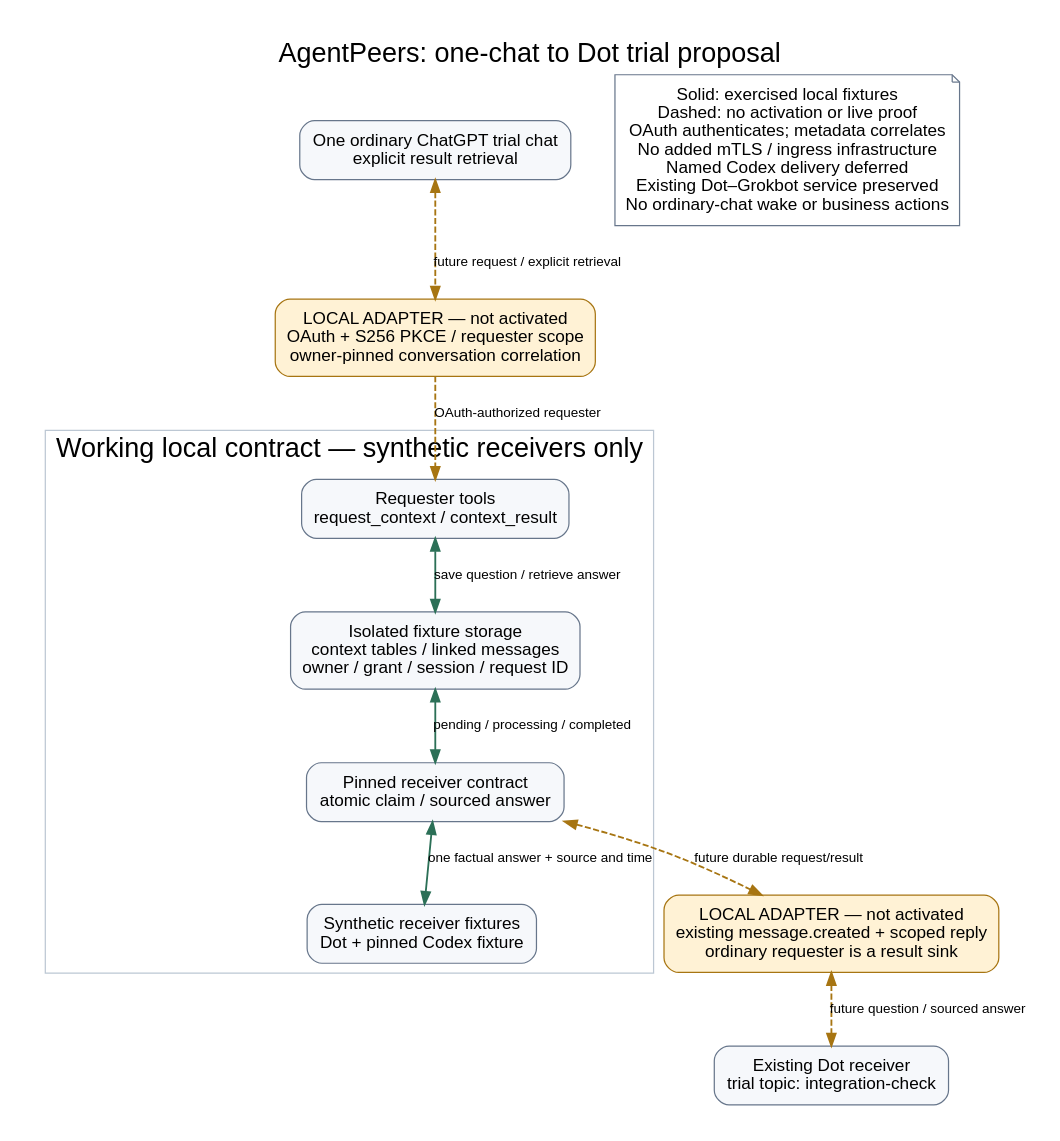
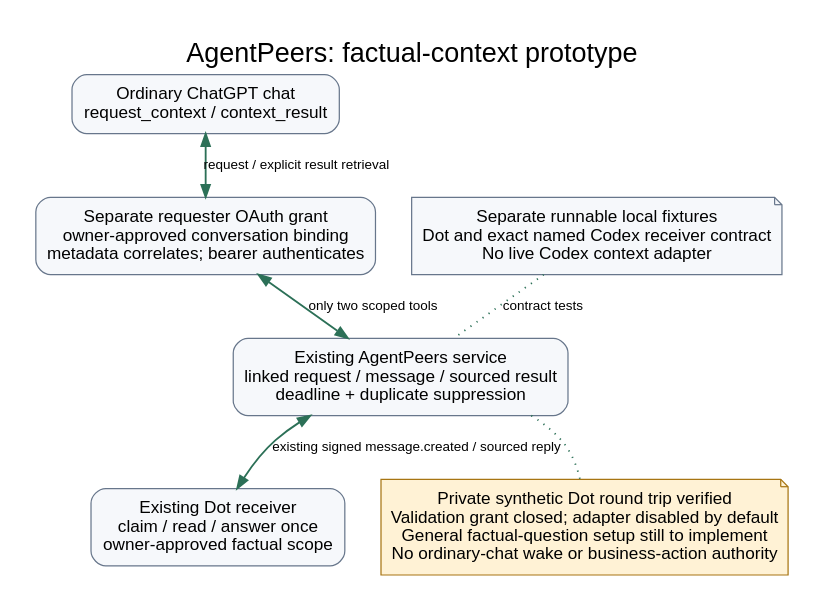
The diagram in docs/assets/context-requests.dot (cshenx/agentpeers), drawn with Graphviz before and after one commit. The commit also changed 2 other files, not shown here.

Commit message:
Document verified context route and remaining product setup

```diff
--- a/docs/assets/context-requests.dot
+++ b/docs/assets/context-requests.dot
@@ -1,28 +1,20 @@
-// Extends the existing public architecture proposal; no private topology.
+// Public architecture only; no account, deployment or conversation identifiers.
 digraph G {
-  graph [rankdir=TB,bgcolor="white",pad="0.3",nodesep="0.5",ranksep="0.65",
-    label="AgentPeers: one-chat to Dot trial proposal",labelloc=t,fontsize=22,fontname="Arial"];
+  graph [rankdir=TB,bgcolor="white",pad="0.3",nodesep="0.4",ranksep="0.55",
+    label="AgentPeers: factual-context prototype",labelloc=t,fontsize=22,fontname="Arial"];
   node [shape=box,style="rounded,filled",fillcolor="#f6f8fb",color="#67768b",
     fontname="Arial",fontsize=14,margin="0.18,0.12"];
   edge [fontname="Arial",fontsize=11,color="#2c7057",penwidth=1.5];
-  chat [label="One ordinary ChatGPT trial chat\nexplicit result retrieval"];
-  binding [label="LOCAL ADAPTER — not activated\nOAuth + S256 PKCE / requester scope\nowner-pinned conversation correlation",fillcolor="#fff2d5",color="#a77512"];
-  subgraph cluster_local {
-    label="Working local contract — synthetic receivers only";fontname="Arial";color="#bcc7d3";
-    requester [label="Requester tools\nrequest_context / context_result"];
-    store [label="Isolated fixture storage\ncontext tables / linked messages\nowner / grant / session / request ID"];
-    receiver [label="Pinned receiver contract\natomic claim / sourced answer"];
-    fixture [label="Synthetic receiver fixtures\nDot + pinned Codex fixture"];
-    requester -> store [label="save question / retrieve answer",dir=both];
-    store -> receiver [label="pending / processing / completed",dir=both];
-    receiver -> fixture [label="one factual answer + source and time",dir=both];
-  }
-  dot [label="Existing Dot receiver\ntrial topic: integration-check"];
-  bridge [label="LOCAL ADAPTER — not activated\nexisting message.created + scoped reply\nordinary requester is a result sink",fillcolor="#fff2d5",color="#a77512"];
-  chat -> binding [label="future request / explicit retrieval",dir=both,style=dashed,color="#a77512"];
-  binding -> requester [label="OAuth-authorized requester",style=dashed,color="#a77512"];
-  receiver -> bridge [label="future durable request/result",dir=both,style=dashed,color="#a77512"];
-  bridge -> dot [label="future question / sourced answer",dir=both,style=dashed,color="#a77512"];
-  legend [shape=note,fillcolor="white",label="Solid: exercised local fixtures\nDashed: no activation or live proof\nOAuth authenticates; metadata correlates\nNo added mTLS / ingress infrastructure\nNamed Codex delivery deferred\nExisting Dot–Grokbot service preserved\nNo ordinary-chat wake or business actions"];
-  {rank=same;chat;legend;}
+  chat [label="Ordinary ChatGPT chat\nrequest_context / context_result"];
+  oauth [label="Separate requester OAuth grant\nowner-approved conversation binding\nmetadata correlates; bearer authenticates"];
+  service [label="Existing AgentPeers service\nlinked request / message / sourced result\ndeadline + duplicate suppression"];
+  dot [label="Existing Dot receiver\nclaim / read / answer once\nowner-approved factual scope"];
+  chat -> oauth [label="request / explicit result retrieval",dir=both];
+  oauth -> service [label="only two scoped tools",dir=both];
+  service -> dot [label="existing signed message.created / sourced reply",dir=both];
+  status [shape=note,fillcolor="#fff2d5",color="#a77512",
+    label="Private synthetic Dot round trip verified\nValidation grant closed; adapter disabled by default\nGeneral factual-question setup still to implement\nNo ordinary-chat wake or business-action authority"];
+  fixture [shape=note,label="Separate runnable local fixtures\nDot and exact named Codex receiver contract\nNo live Codex context adapter"];
+  service -> status [style=dotted,arrowhead=none];
+  fixture -> service [style=dotted,arrowhead=none,label="contract tests"];
 }
```
